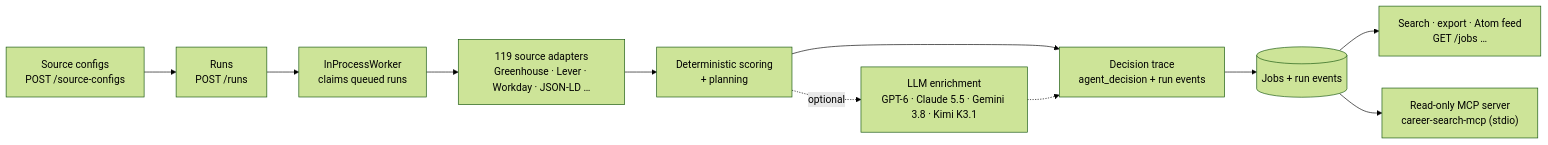
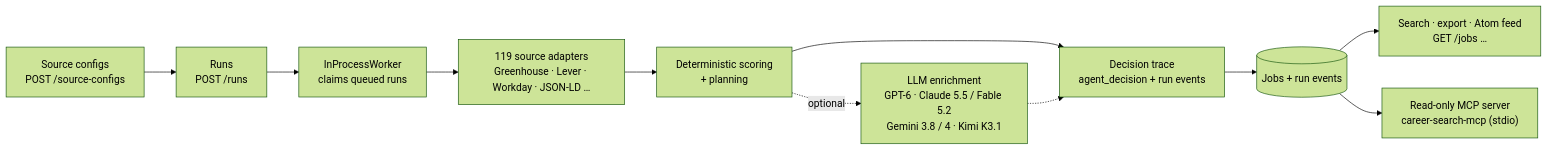
Before and after one commit to Francis1998/agentic-career-search: the diagram in README.md, drawn with Mermaid (forest theme). The commit also changed other lines of this file and 4 other files, not shown here.

First line of the commit message:
docs(models): refresh the LLM enrichment stack to the 2026-11-12 lineup

````diff
--- a/README.md
+++ b/README.md
@@ -32,13 +32,13 @@
 ```mermaid
 flowchart LR
     SC["Source configs<br/>POST /source-configs"] --> RUN["Runs<br/>POST /runs"]
     RUN --> W["InProcessWorker<br/>claims queued runs"]
     W --> AD["119 source adapters<br/>Greenhouse · Lever · Workday · JSON-LD …"]
     AD --> SCORE["Deterministic scoring<br/>+ planning"]
     SCORE --> DT["Decision trace<br/>agent_decision + run events"]
-    SCORE -. optional .-> LLM["LLM enrichment<br/>GPT-6 · Claude 5.5 · Gemini 3.8 · Kimi K3.1"]
+    SCORE -. optional .-> LLM["LLM enrichment<br/>GPT-6 · Claude 5.5 / Fable 5.2<br/>Gemini 3.8 / 4 · Kimi K3.1"]
     LLM -.-> DT
     DT --> DB[("Jobs + run events")]
     DB --> API["Search · export · Atom feed<br/>GET /jobs …"]
     DB --> MCP["Read-only MCP server<br/>career-search-mcp (stdio)"]
 ```
````
